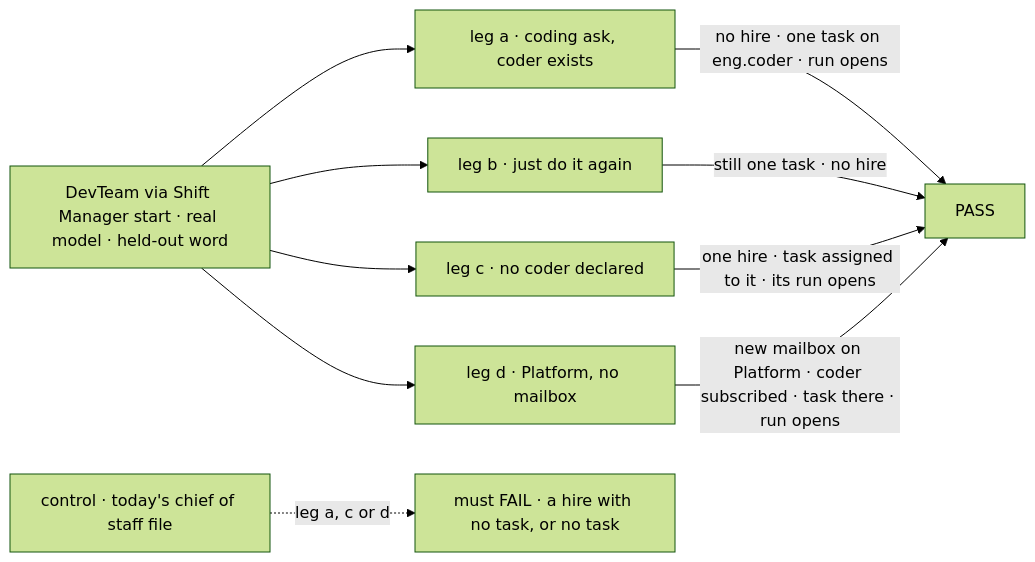
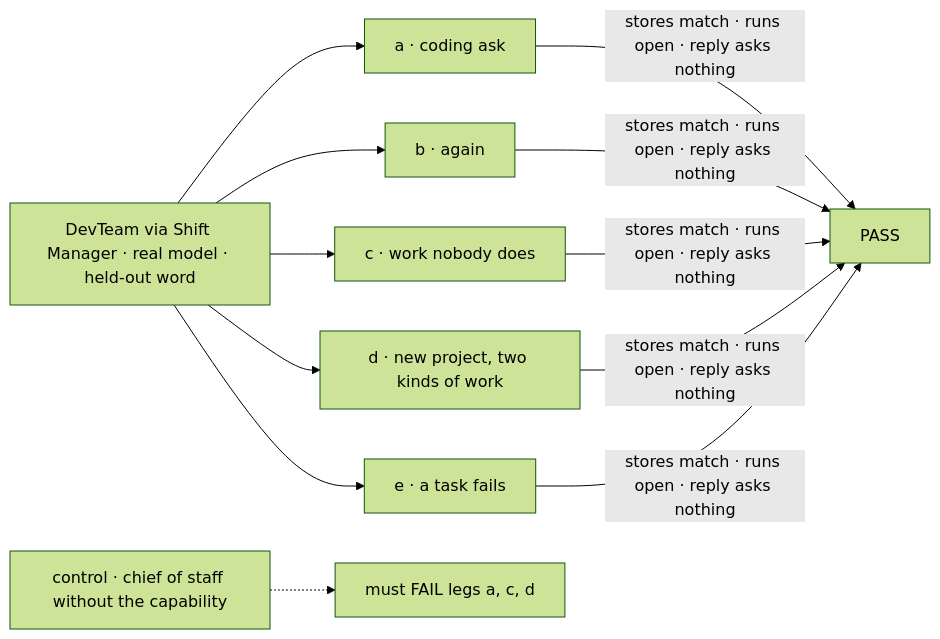
The first of 2 diagrams in specs/issues/FIX-1774/SPEC.md (fixpoint-labs/flow-state-dev), drawn with Mermaid (forest theme) before and after one commit. The commit also changed other lines of this file and 4 other files, not shown here.

First line of the commit message:
spec(FIX-1774): the coordinator's job as one Workforce capability

````diff
--- a/specs/issues/FIX-1774/SPEC.md
+++ b/specs/issues/FIX-1774/SPEC.md
@@ -30,12 +31,10 @@
 ```mermaid
 flowchart LR
-  A["DevTeam via Shift Manager start · real model · held-out word"] --> L1["leg a · coding ask, coder exists"]
-  A --> L2["leg b · just do it again"]
-  A --> L3["leg c · no coder declared"]
-  A --> L4["leg d · Platform, no mailbox"]
-  L1 -->|"no hire · one task on eng.coder · run opens"| P["PASS"]
-  L2 -->|"still one task · no hire"| P
-  L3 -->|"one hire · task assigned to it · its run opens"| P
-  L4 -->|"new mailbox on Platform · coder subscribed · task there · run opens"| P
-  C["control · today's chief of staff file"] -.->|"leg a, c or d"| F["must FAIL · a hire with no task, or no task"]
+  A["DevTeam via Shift Manager · real model · held-out word"] --> L1["a · coding ask"]
+  A --> L2["b · again"]
+  A --> L3["c · work nobody does"]
+  A --> L4["d · new project, two kinds of work"]
+  A --> L5["e · a task fails"]
+  L1 & L2 & L3 & L4 & L5 -->|"stores match · runs open · reply asks nothing"| P["PASS"]
+  C["control · chief of staff without the capability"] -.-> F["must FAIL legs a, c, d"]
 ```
````
